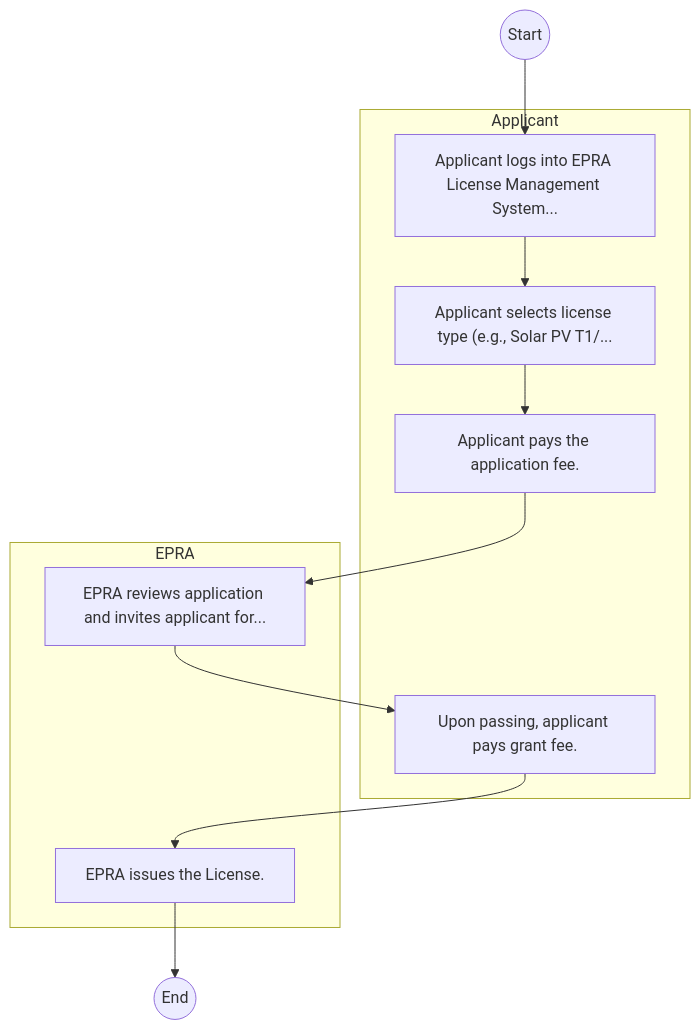
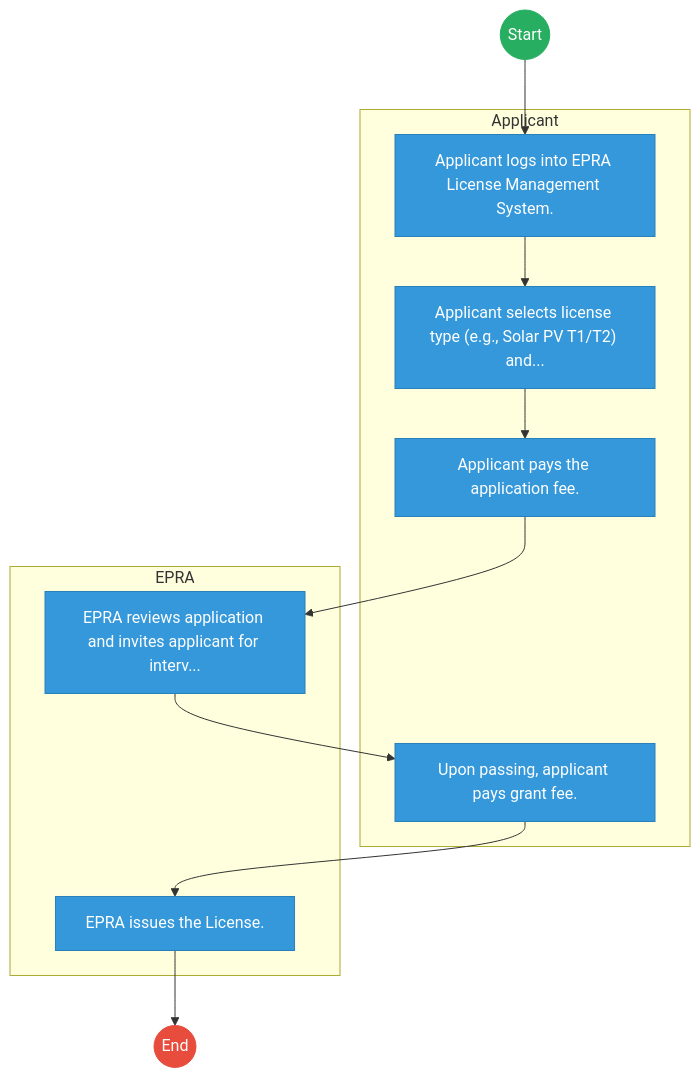
Before and after one commit to BITZ-IT-Consulting-LTD/ictapoc: the first of 2 diagrams in mdas/docs_final/Energy_and_Petroleum_Regulatory_Authority___Service_Delivery.md, drawn with Mermaid. The commit also changed other lines of this file and 461 other files, not shown here.

````diff
--- a/mdas/docs_final/Energy_and_Petroleum_Regulatory_Authority___Service_Delivery.md
+++ b/mdas/docs_final/Energy_and_Petroleum_Regulatory_Authority___Service_Delivery.md
@@ -20,20 +20,31 @@
 ```mermaid
 graph TD
     Start((Start)) --> S1
+
     subgraph Applicant [Applicant]
-        S1["Applicant logs into EPRA License Management System..."]
-        S2["Applicant selects license type (e.g., Solar PV T1/..."]
+        S1["Applicant logs into EPRA License Management System."]
+        S2["Applicant selects license type (e.g., Solar PV T1/T2) and..."]
         S3["Applicant pays the application fee."]
         S5["Upon passing, applicant pays grant fee."]
     end
+
     subgraph EPRA [EPRA]
-        S4["EPRA reviews application and invites applicant for..."]
+        S4["EPRA reviews application and invites applicant for interv..."]
         S6["EPRA issues the License."]
     end
     S1 --> S2
     S2 --> S3
     S3 --> S4
     S4 --> S5
     S5 --> S6
     S6 --> End((End))
+
+    classDef start fill:#27ae60,stroke:#27ae60,color:#fff;
+    classDef endNode fill:#e74c3c,stroke:#e74c3c,color:#fff;
+    classDef userTask fill:#3498db,stroke:#2980b9,color:#fff;
+    classDef serviceTask fill:#9b59b6,stroke:#8e44ad,color:#fff;
+
+    class Start start;
+    class End endNode;
+    class S1,S2,S3,S4,S5,S6 userTask;
 ```
````
